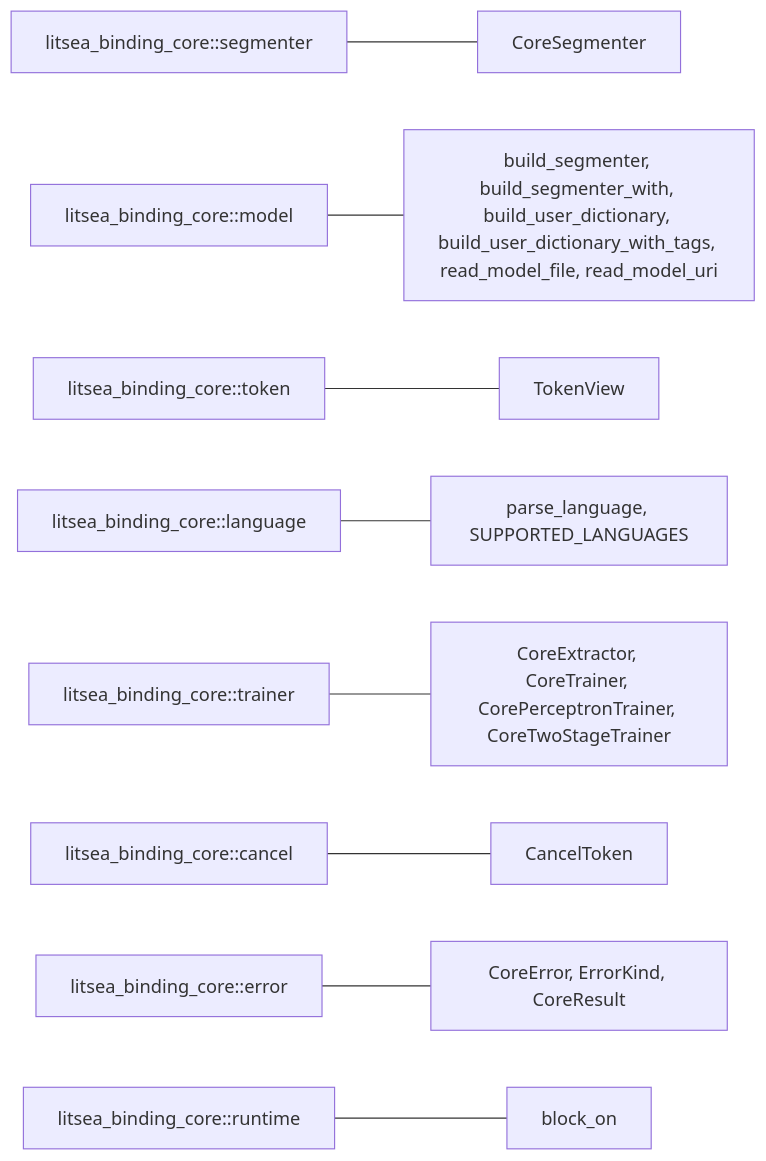
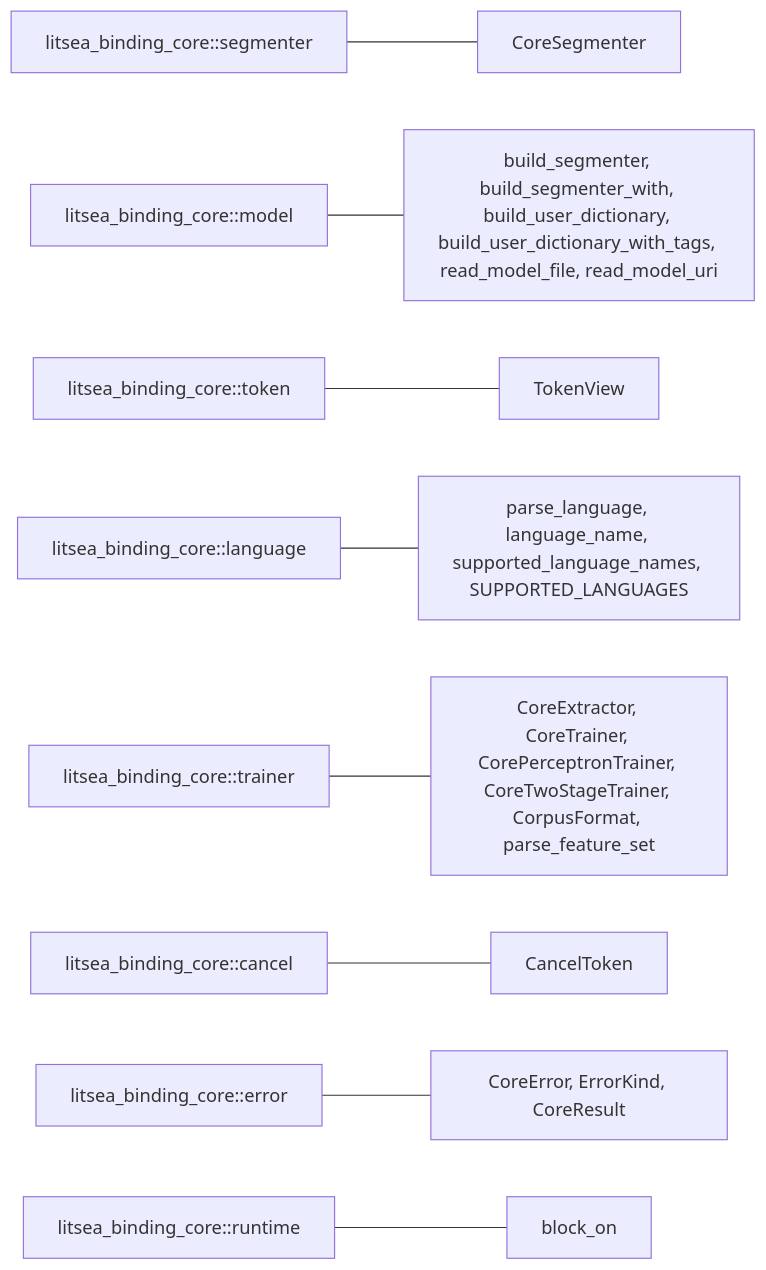
The diagram in docs/ja/src/bindings/binding-core.md (mosuka/litsea), drawn with Mermaid before and after one commit. The commit also changed other lines of this file and 85 other files, not shown here.

````diff
--- a/docs/ja/src/bindings/binding-core.md
+++ b/docs/ja/src/bindings/binding-core.md
@@ -14,11 +14,11 @@
 ```mermaid
 graph LR
     A["litsea_binding_core::segmenter"] --- B["CoreSegmenter"]
     C["litsea_binding_core::model"] --- D["build_segmenter, build_segmenter_with, build_user_dictionary, build_user_dictionary_with_tags, read_model_file, read_model_uri"]
     E["litsea_binding_core::token"] --- F["TokenView"]
-    G["litsea_binding_core::language"] --- H["parse_language, SUPPORTED_LANGUAGES"]
-    I["litsea_binding_core::trainer"] --- J["CoreExtractor, CoreTrainer, CorePerceptronTrainer, CoreTwoStageTrainer"]
+    G["litsea_binding_core::language"] --- H["parse_language, language_name, supported_language_names, SUPPORTED_LANGUAGES"]
+    I["litsea_binding_core::trainer"] --- J["CoreExtractor, CoreTrainer, CorePerceptronTrainer, CoreTwoStageTrainer, CorpusFormat, parse_feature_set"]
     K["litsea_binding_core::cancel"] --- L["CancelToken"]
     M["litsea_binding_core::error"] --- N["CoreError, ErrorKind, CoreResult"]
     O["litsea_binding_core::runtime"] --- P["block_on"]
 ```
````
